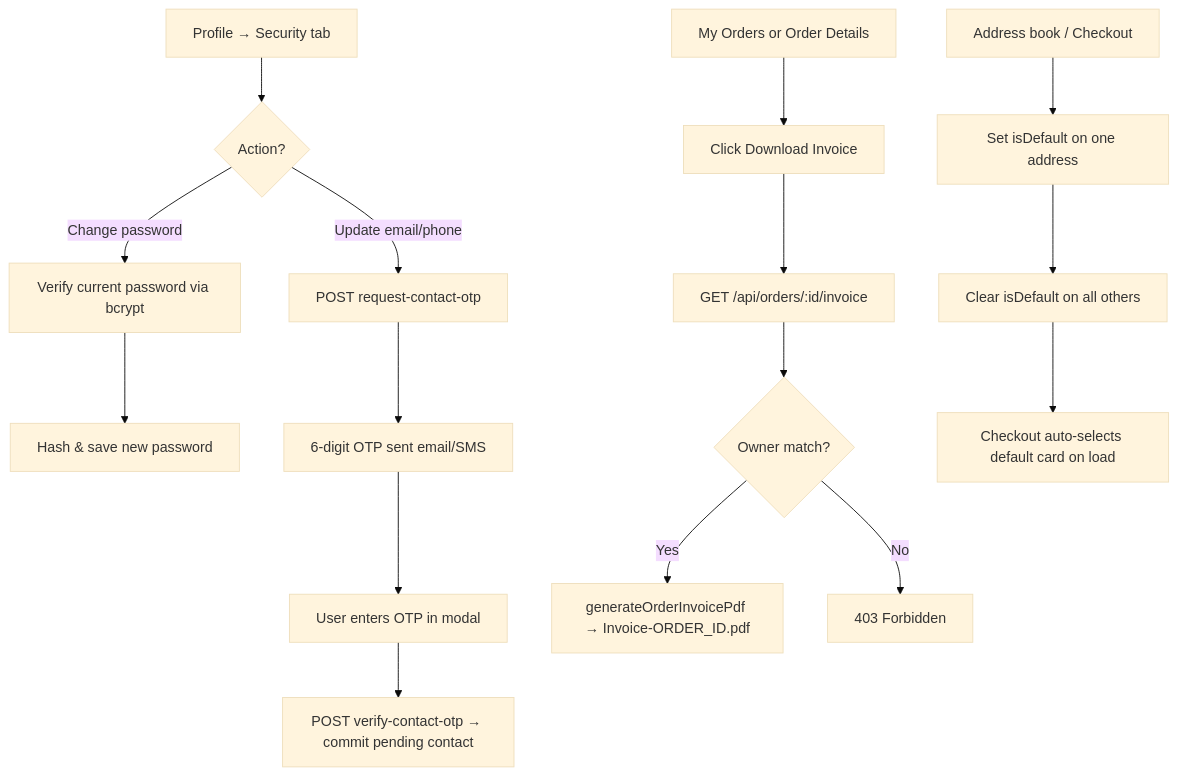
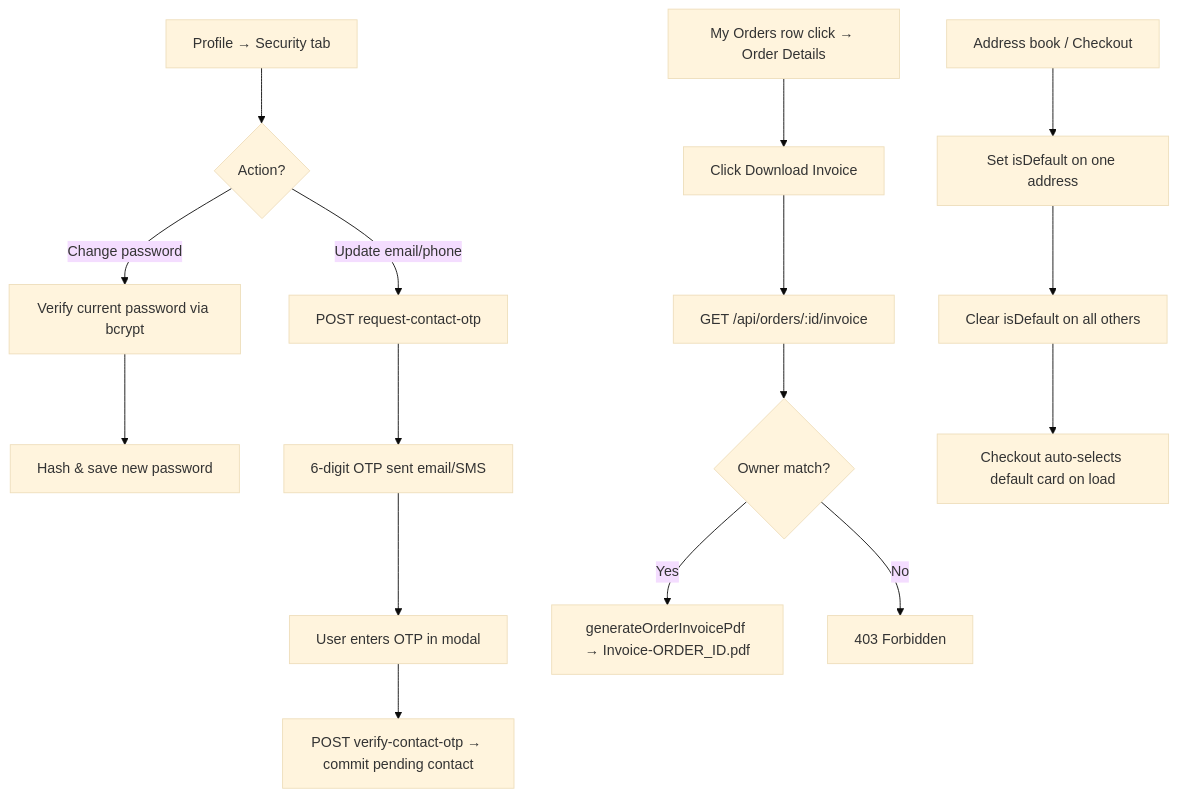
Before and after one commit to sabdulkarim010/eonlinebazar: the sixth of 10 diagrams in README.md, drawn with Mermaid (base theme). The commit also changed other lines of this file and 25 other files, not shown here.

````diff
--- a/README.md
+++ b/README.md
@@ -373,20 +567,20 @@
 ```mermaid
 flowchart TD
     A[Profile → Security tab] --> B{Action?}
     B -->|Change password| C[Verify current password via bcrypt]
     C --> D[Hash & save new password]
     B -->|Update email/phone| E[POST request-contact-otp]
     E --> F[6-digit OTP sent email/SMS]
     F --> G[User enters OTP in modal]
     G --> H[POST verify-contact-otp → commit pending contact]
 
-    I[My Orders or Order Details] --> J[Click Download Invoice]
+    I[My Orders row click → Order Details] --> J[Click Download Invoice]
     J --> K[GET /api/orders/:id/invoice]
     K --> L{Owner match?}
     L -->|Yes| M[generateOrderInvoicePdf → Invoice-ORDER_ID.pdf]
     L -->|No| N[403 Forbidden]
 
     O[Address book / Checkout] --> P[Set isDefault on one address]
     P --> Q[Clear isDefault on all others]
     Q --> R[Checkout auto-selects default card on load]
 ```
````
